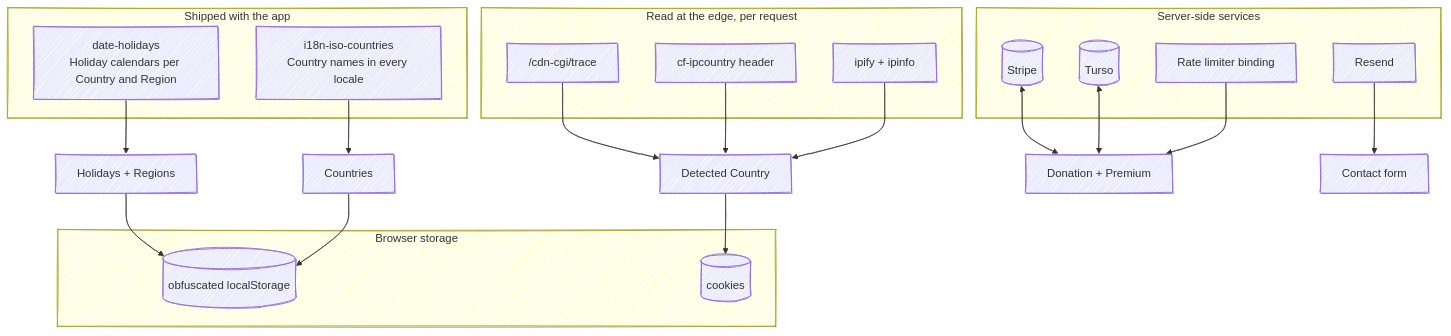
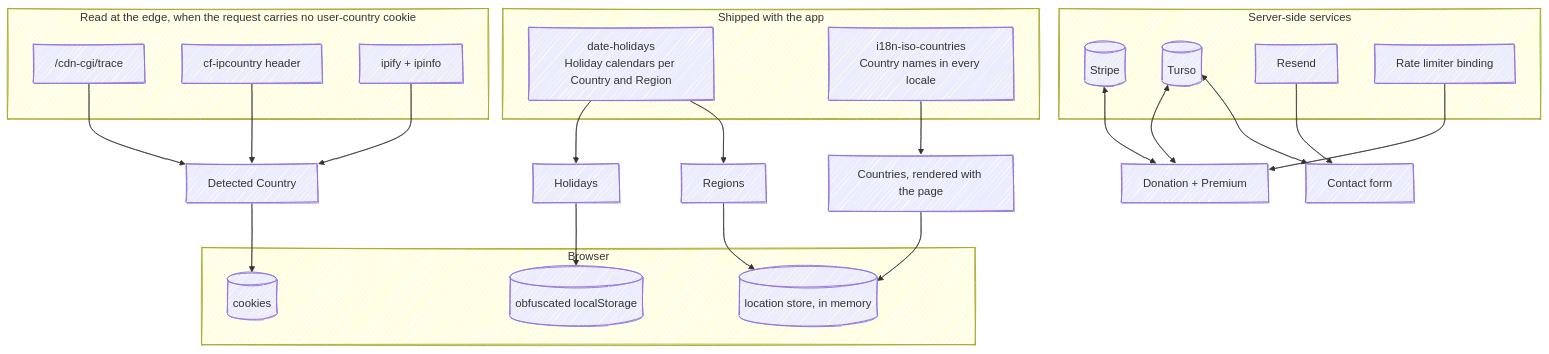
One commit to fbuireu/forever-pto changed the diagram in apps/docs/src/content/docs/how-it-works/data-sources.mdx. Above: the diagram before and after it, drawn with Mermaid. The commit also changed other lines of this file and 21 other files, not shown here.

````diff
--- a/apps/docs/src/content/docs/how-it-works/data-sources.mdx
+++ b/apps/docs/src/content/docs/how-it-works/data-sources.mdx
@@ -13,36 +13,40 @@
 ```mermaid
 ---
 config:
   look: handDrawn
   layout: dagre
 ---
 flowchart TB
   subgraph bundle [Shipped with the app]
     DH[date-holidays<br/>Holiday calendars per Country and Region]
     ISO[i18n-iso-countries<br/>Country names in every locale]
   end
-  subgraph edge [Read at the edge, per request]
+  subgraph edge [Read at the edge, when the request carries no user-country cookie]
     TRACE["/cdn-cgi/trace"]
     HDR[cf-ipcountry header]
     IPAPI[ipify + ipinfo]
   end
-  subgraph browser [Browser storage]
+  subgraph browser [Browser]
     LS[(obfuscated localStorage)]
     CK[(cookies)]
+    MEM[(location store, in memory)]
   end
   subgraph server [Server-side services]
     STRIPE[(Stripe)]
     TURSO[(Turso)]
     RESEND[Resend]
     RL[Rate limiter binding]
   end
-  DH --> HOL[Holidays + Regions]
-  ISO --> CTRY[Countries]
+  DH --> HOL[Holidays]
+  DH --> REG[Regions]
+  ISO --> CTRY["Countries, rendered with the page"]
   TRACE & HDR & IPAPI --> LOC[Detected Country]
   LOC --> CK
-  HOL & CTRY --> LS
+  HOL --> LS
+  REG & CTRY --> MEM
   STRIPE <--> PAY[Donation + Premium]
   TURSO <--> PAY
   RL --> PAY
   RESEND --> MAIL[Contact form]
+  TURSO <--> MAIL
 ```
````
